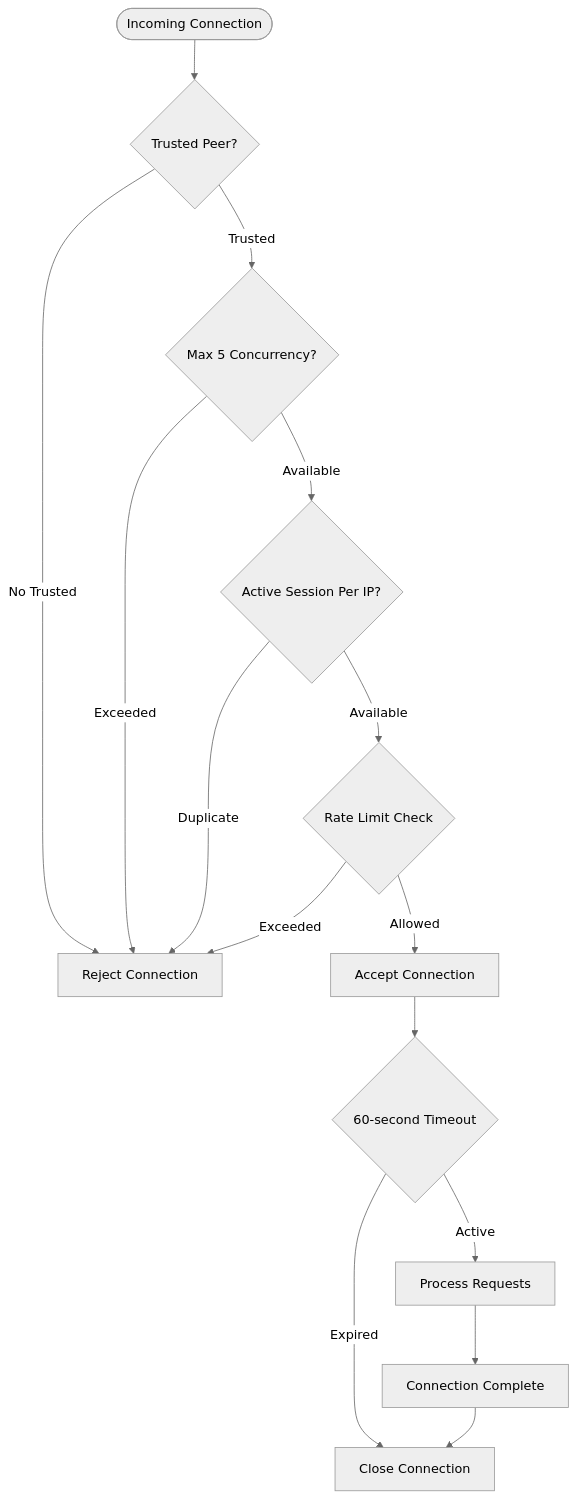
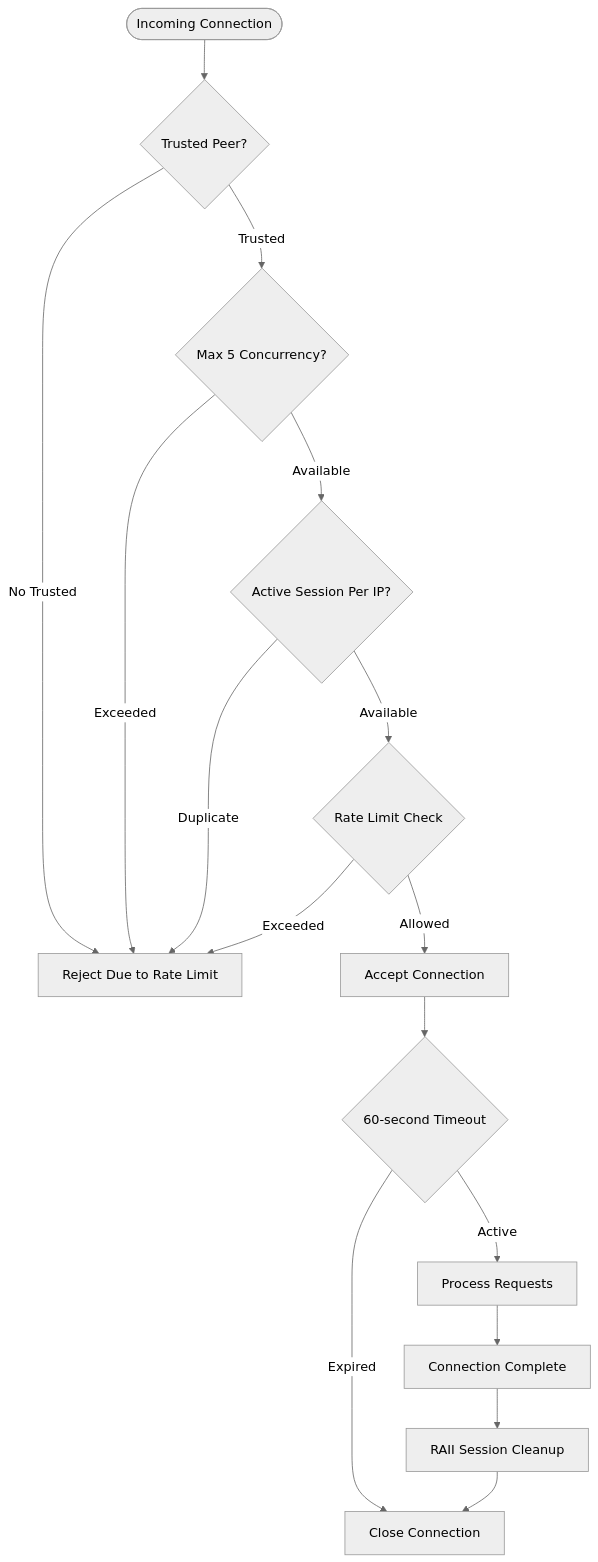
Before and after one commit to VIZ-Blockchain/viz-cpp-node: diagram 30 of 42 in .qoder/repowiki/en/content/Plugin System/Snapshot Plugin System.md, drawn with Mermaid (neutral theme). The commit also changed other lines of this file and 4 other files, not shown here.

````diff
--- a/.qoder/repowiki/en/content/Plugin System/Snapshot Plugin System.md
+++ b/.qoder/repowiki/en/content/Plugin System/Snapshot Plugin System.md
@@ -1171,17 +1180,18 @@
 ```mermaid
 flowchart TD
 Start([Incoming Connection]) --> TrustCheck{Trusted Peer?}
 TrustCheck --> |No Trusted| Reject[Reject Connection]
 TrustCheck --> |Trusted| ConcurrencyCheck{Max 5 Concurrency?}
-ConcurrencyCheck --> |Exceeded| Reject
+ConcurrencyCheck --> |Exceeded| Reject[Reject Due to Max Concurrency]
 ConcurrencyCheck --> |Available| SessionCheck{Active Session Per IP?}
-SessionCheck --> |Duplicate| Reject
+SessionCheck --> |Duplicate| Reject[Reject Duplicate Session]
 SessionCheck --> |Available| RateLimit{Rate Limit Check}
-RateLimit --> |Exceeded| Reject
+RateLimit --> |Exceeded| Reject[Reject Due to Rate Limit]
 RateLimit --> |Allowed| Accept[Accept Connection]
 Accept --> TimeoutCheck{60-second Timeout}
 TimeoutCheck --> |Expired| Close[Close Connection]
 TimeoutCheck --> |Active| Process[Process Requests]
 Process --> Complete[Connection Complete]
-Complete --> Close[Close Connection]
+Complete --> Cleanup[RAII Session Cleanup]
+Cleanup --> Close[Close Connection]
 ```
````
